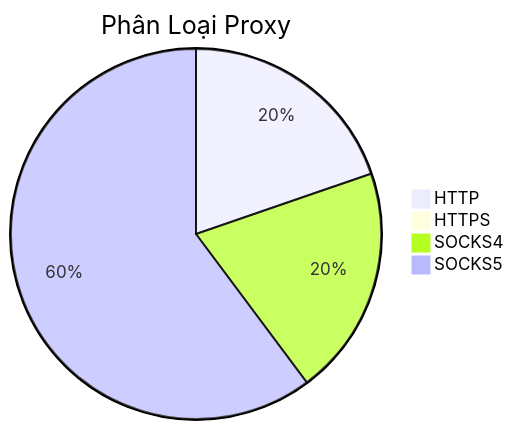
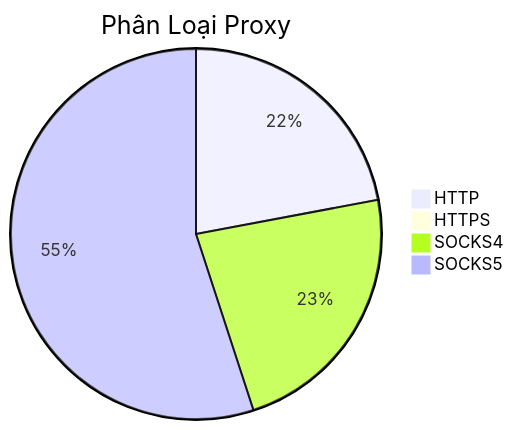
The diagram in README.md (Ciara-Aa/PROXY-free), drawn with Mermaid before and after one commit. The commit also changed other lines of this file and 3 other files, not shown here.

````diff
--- a/README.md
+++ b/README.md
@@ -26,7 +26,7 @@
 ```mermaid
 pie title Phân Loại Proxy
-    "HTTP" : 288
+    "HTTP" : 345
     "HTTPS" : 0
-    "SOCKS4" : 293
-    "SOCKS5" : 879
+    "SOCKS4" : 359
+    "SOCKS5" : 861
 ```
````
